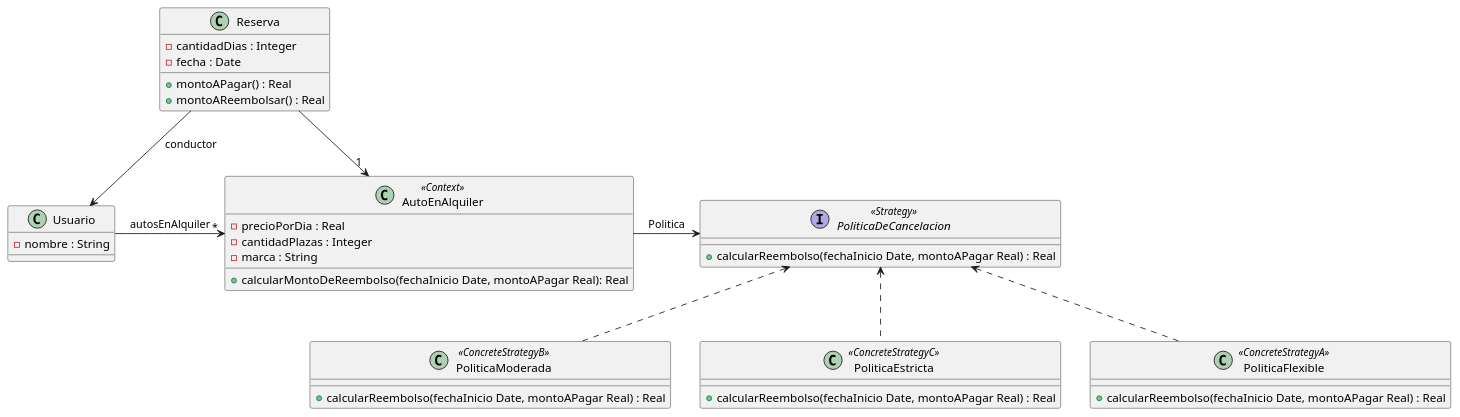
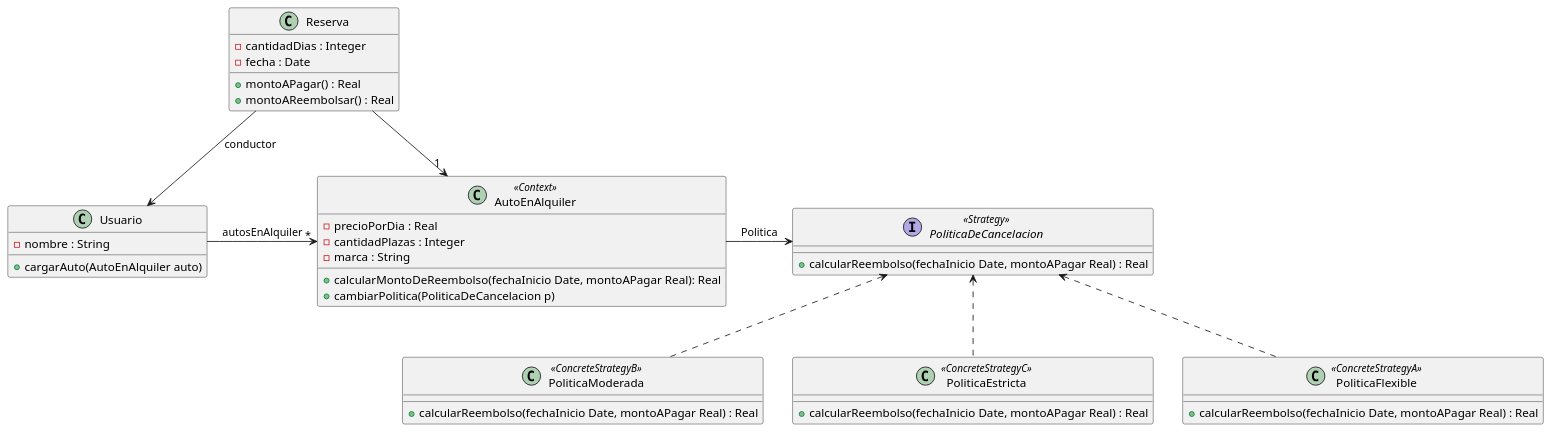
One commit to BautistaMarquez/Tercero-PrimerCuatrimestre changed the diagram in Objetos 2/UMLs/Ejercicio9Patrones.puml. Above: the diagram before and after it, drawn with PlantUML. The commit also changed 2 other files, not shown here.

```diff
--- a/Objetos 2/UMLs/Ejercicio9Patrones.puml
+++ b/Objetos 2/UMLs/Ejercicio9Patrones.puml
@@ -1,45 +1,47 @@
 @startuml Ejercicio9 
 
 Usuario -> "*" AutoEnAlquiler : autosEnAlquiler 
 Reserva --> "1" AutoEnAlquiler 
 Reserva --> Usuario : conductor
 AutoEnAlquiler -> PoliticaDeCancelacion : Politica 
 PoliticaDeCancelacion <.. PoliticaModerada
 PoliticaDeCancelacion <.. PoliticaEstricta
 PoliticaDeCancelacion <.. PoliticaFlexible 
 
 Class Usuario {
     -nombre : String
+    +cargarAuto(AutoEnAlquiler auto)
 }
 
 Class AutoEnAlquiler <<Context>> {
     -precioPorDia : Real 
     -cantidadPlazas : Integer 
     -marca : String 
     +calcularMontoDeReembolso(fechaInicio Date, montoAPagar Real): Real 
+    +cambiarPolitica(PoliticaDeCancelacion p)
 }
 
 Class Reserva {
     -cantidadDias : Integer 
     -fecha : Date 
     +montoAPagar() : Real 
     +montoAReembolsar() : Real 
 }
 
 Interface PoliticaDeCancelacion <<Strategy>> {
     +calcularReembolso(fechaInicio Date, montoAPagar Real) : Real 
 }
 
 Class PoliticaFlexible <<ConcreteStrategyA>> {
     +calcularReembolso(fechaInicio Date, montoAPagar Real) : Real 
 }
 
 Class PoliticaModerada <<ConcreteStrategyB>> {
     +calcularReembolso(fechaInicio Date, montoAPagar Real) : Real 
 } 
 
 Class PoliticaEstricta <<ConcreteStrategyC>> {
     +calcularReembolso(fechaInicio Date, montoAPagar Real) : Real 
 }
 
 @enduml
```
